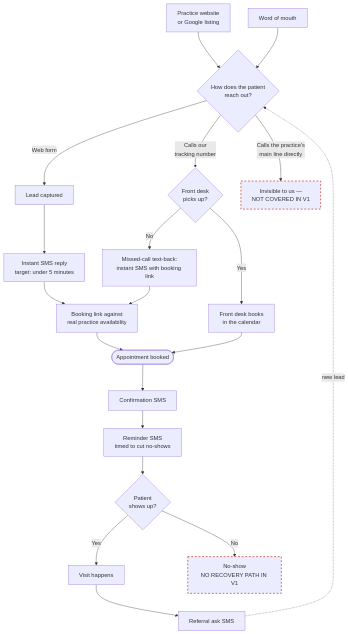
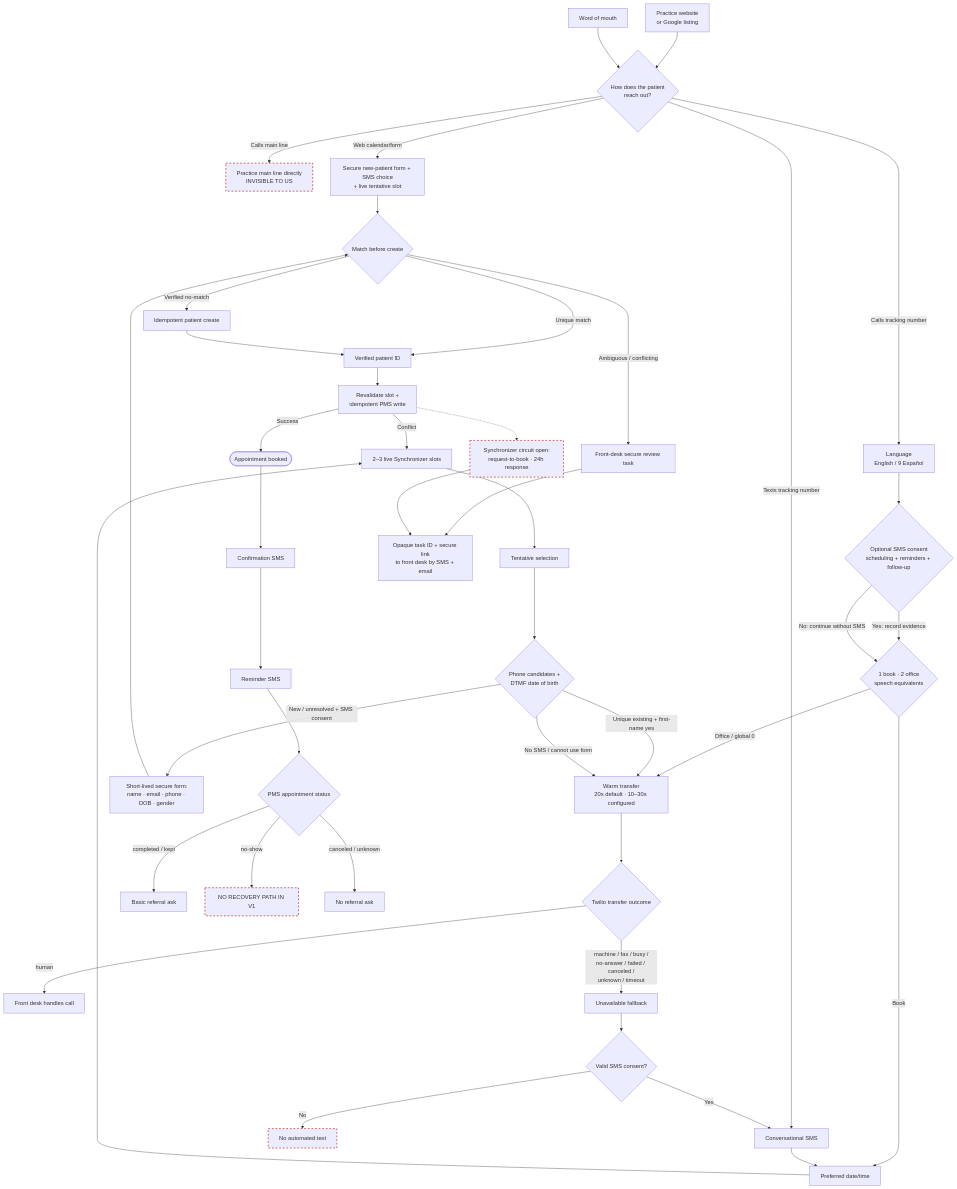
The first of 3 diagrams in out/flows.md (sequence-bridge/internal), drawn with Mermaid before and after one commit. The commit also changed other lines of this file and 9 other files, not shown here.

Commit message:
docs: define v1 booking and phone contract

````diff
--- a/out/flows.md
+++ b/out/flows.md
@@ -19,35 +11,60 @@
 ```mermaid
 flowchart TD
     SITE["Practice website<br/>or Google listing"]
     WOM["Word of mouth"]
+    CHOICE{"How does the patient<br/>reach out?"}
+    DIRECT["Practice main line directly<br/>INVISIBLE TO US"]
 
-    SITE --> CHOICE{"How does the patient<br/>reach out?"}
+    SITE --> CHOICE
     WOM --> CHOICE
+    CHOICE -->|"Web calendar/form"| WEB["Secure new-patient form + SMS choice<br/>+ live tentative slot"]
+    CHOICE -->|"Texts tracking number"| SMS["Conversational SMS"]
+    CHOICE -->|"Calls tracking number"| LANG["Language<br/>English / 9 Español"]
+    CHOICE -->|"Calls main line"| DIRECT
 
-    CHOICE -->|"Web form"| CAPTURE["Lead captured"]
-    CHOICE -->|"Calls our<br/>tracking number"| RING{"Front desk<br/>picks up?"}
-    CHOICE -->|"Calls the practice's<br/>main line directly"| DIRECT["Invisible to us —<br/>NOT COVERED IN V1"]
+    LANG --> CONSENT{"Optional SMS consent<br/>scheduling + reminders + follow-up"}
+    CONSENT -->|"Yes: record evidence"| MENU{"1 book · 2 office<br/>speech equivalents"}
+    CONSENT -->|"No: continue without SMS"| MENU
 
-    RING -->|"Yes"| DESK["Front desk books<br/>in the calendar"]
-    RING -->|"No"| MCTB["Missed-call text-back:<br/>instant SMS with booking link"]
+    MENU -->|"Book"| PREF["Preferred date/time"]
+    MENU -->|"Office / global 0"| TRANSFER["Warm transfer<br/>20s default · 10–30s configured"]
+    PREF --> SLOTS["2–3 live Synchronizer slots"]
+    SLOTS --> TENTATIVE["Tentative selection"]
+    TENTATIVE --> LOOKUP{"Phone candidates +<br/>DTMF date of birth"}
+    LOOKUP -->|"Unique existing + first-name yes"| TRANSFER
+    LOOKUP -->|"New / unresolved + SMS consent"| SECURE["Short-lived secure form:<br/>name · email · phone · DOB · gender"]
+    LOOKUP -->|"No SMS / cannot use form"| TRANSFER
+    SECURE --> MATCH{"Match before create"}
+    MATCH -->|"Ambiguous / conflicting"| REVIEW["Front-desk secure review task"]
+    MATCH -->|"Verified no-match"| CREATE["Idempotent patient create"]
+    MATCH -->|"Unique match"| PATIENT["Verified patient ID"]
+    CREATE --> PATIENT
 
-    CAPTURE --> SPEED["Instant SMS reply<br/>target: under 5 minutes"]
-    LINK["Booking link against<br/>real practice availability"]
-    SPEED --> LINK
-    MCTB --> LINK
-    LINK --> BOOKED(["Appointment booked"])
-    DESK --> BOOKED
+    WEB --> MATCH
+    SMS --> PREF
+    PATIENT --> WRITE["Revalidate slot +<br/>idempotent PMS write"]
+    WRITE -->|"Success"| BOOKED(["Appointment booked"])
+    WRITE -->|"Conflict"| SLOTS
+
+    TRANSFER --> AMD{"Twilio transfer outcome"}
+    AMD -->|"human"| HUMAN["Front desk handles call"]
+    AMD -->|"machine / fax / busy /<br/>no-answer / failed / canceled /<br/>unknown / timeout"| UNAVAILABLE["Unavailable fallback"]
+    UNAVAILABLE --> FOLLOW{"Valid SMS consent?"}
+    FOLLOW -->|"Yes"| SMS
+    FOLLOW -->|"No"| END["No automated text"]
 
     BOOKED --> CONF["Confirmation SMS"]
-    CONF --> REM["Reminder SMS<br/>timed to cut no-shows"]
-    REM --> SHOW{"Patient<br/>shows up?"}
+    CONF --> REM["Reminder SMS"]
+    REM --> STATUS{"PMS appointment status"}
+    STATUS -->|"completed / kept"| REF["Basic referral ask"]
+    STATUS -->|"no-show"| NOSHOW["NO RECOVERY PATH IN V1"]
+    STATUS -->|"canceled / unknown"| NOREF["No referral ask"]
 
-    SHOW -->|"Yes"| VISIT["Visit happens"]
-    SHOW -->|"No"| NOSHOW["No-show<br/>NO RECOVERY PATH IN V1"]
-
-    VISIT --> REF["Referral ask SMS"]
-    REF -.->|"new lead"| CHOICE
+    OUTAGE["Synchronizer circuit open:<br/>request-to-book · 24h response"]
+    REVIEW --> TASK
+    WRITE -.-> OUTAGE
+    OUTAGE --> TASK["Opaque task ID + secure link<br/>to front desk by SMS + email"]
 
     classDef gap stroke:#c0392b,stroke-width:2px,stroke-dasharray:5
-    class DIRECT,NOSHOW gap
+    class DIRECT,NOSHOW,OUTAGE,END gap
 ```
````
